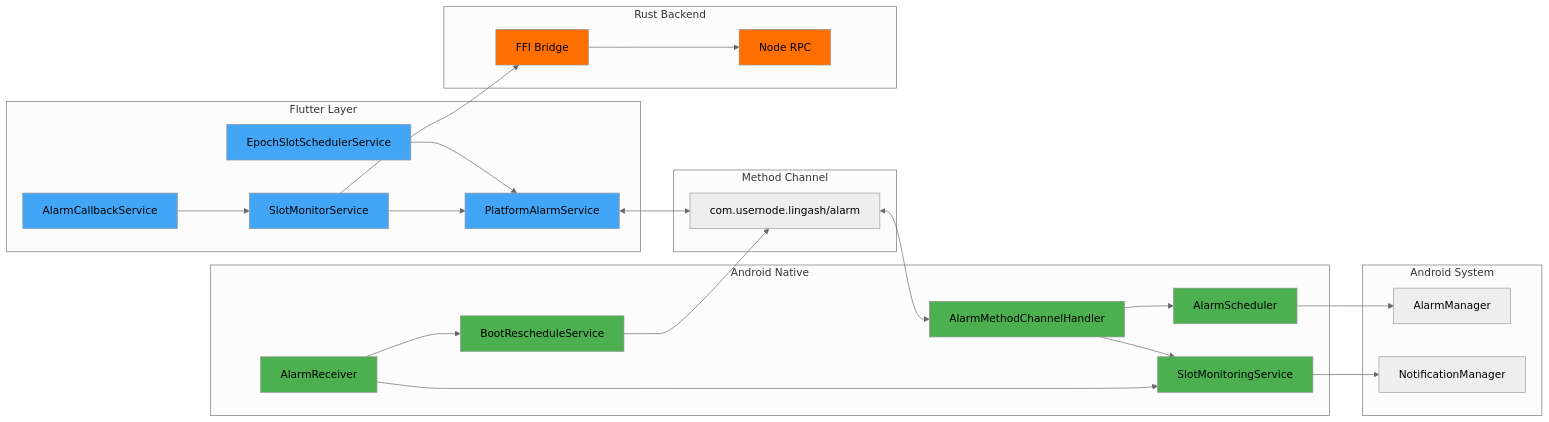
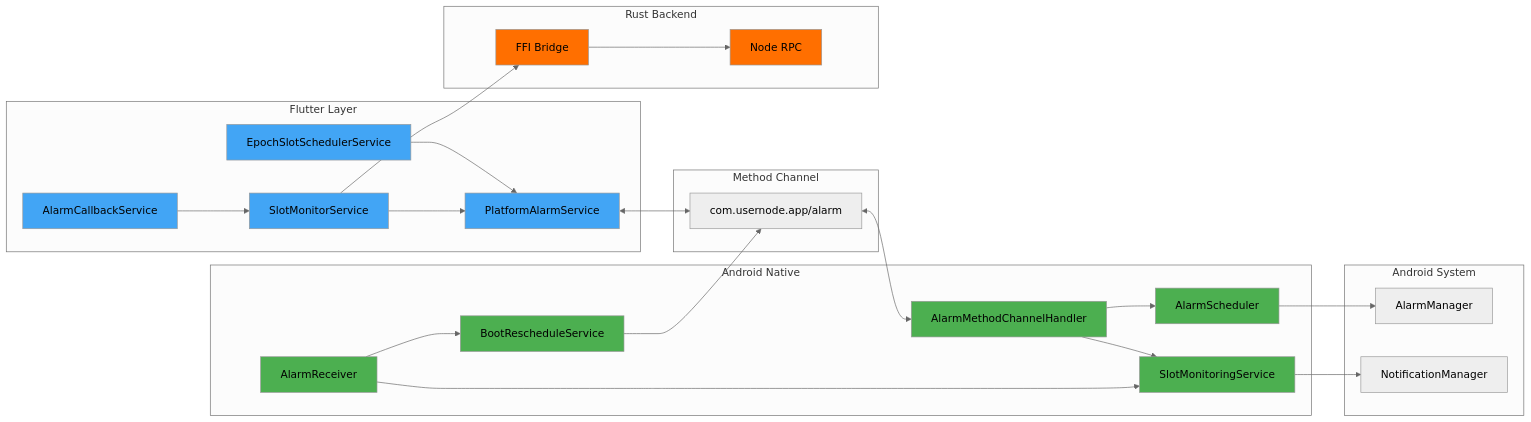
One commit to Usernode-Labs/flutter-mobile-app changed the second of 3 diagrams in docs/android_background_block_production_flow.md. Above: the diagram before and after it, drawn with Mermaid (neutral theme). The commit also changed other lines of this file and 18 other files, not shown here.

````diff
--- a/docs/android_background_block_production_flow.md
+++ b/docs/android_background_block_production_flow.md
@@ -117,58 +117,58 @@
 ```mermaid
 graph LR
     subgraph "Flutter Layer"
         A[PlatformAlarmService]
         B[EpochSlotSchedulerService]
         C[SlotMonitorService]
         D[AlarmCallbackService]
     end
 
     subgraph "Method Channel"
-        E[com.usernode.lingash/alarm]
+        E[com.usernode.app/alarm]
     end
 
     subgraph "Android Native"
         F[AlarmMethodChannelHandler]
         G[AlarmScheduler]
         H[AlarmReceiver]
         I[SlotMonitoringService]
         J[BootRescheduleService]
     end
 
     subgraph "Android System"
         K[AlarmManager]
         L[NotificationManager]
     end
 
     subgraph "Rust Backend"
         M[FFI Bridge]
         N[Node RPC]
     end
 
     A <--> E
     B --> A
     C --> A
     D --> C
     E <--> F
     F --> G
     F --> I
     H --> I
     H --> J
     G --> K
     I --> L
     J --> E
     C --> M
     M --> N
 
     style A fill:#42A5F5
     style B fill:#42A5F5
     style C fill:#42A5F5
     style D fill:#42A5F5
     style F fill:#4CAF50
     style G fill:#4CAF50
     style H fill:#4CAF50
     style I fill:#4CAF50
     style J fill:#4CAF50
     style M fill:#FF6F00
     style N fill:#FF6F00
 ```
````
